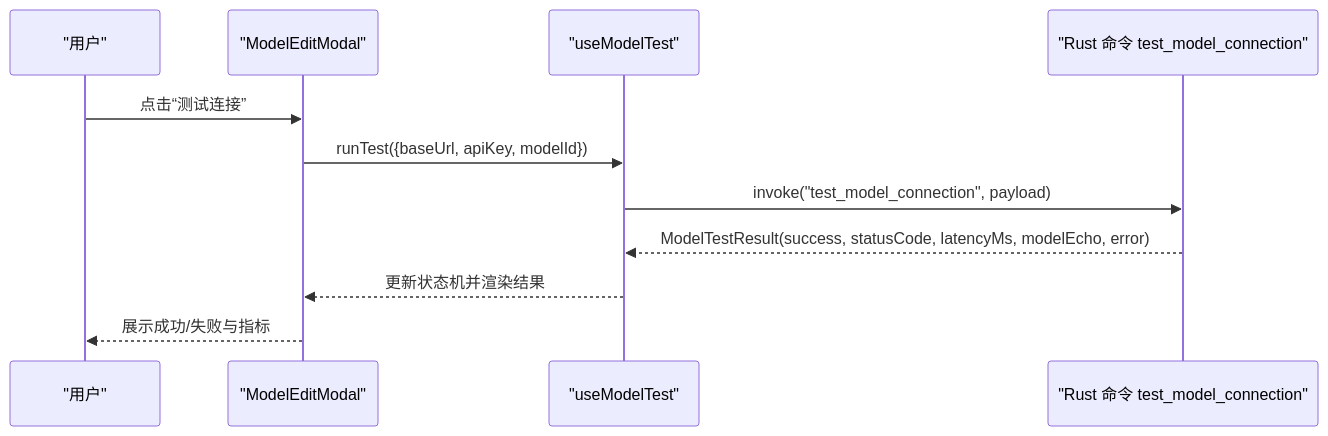
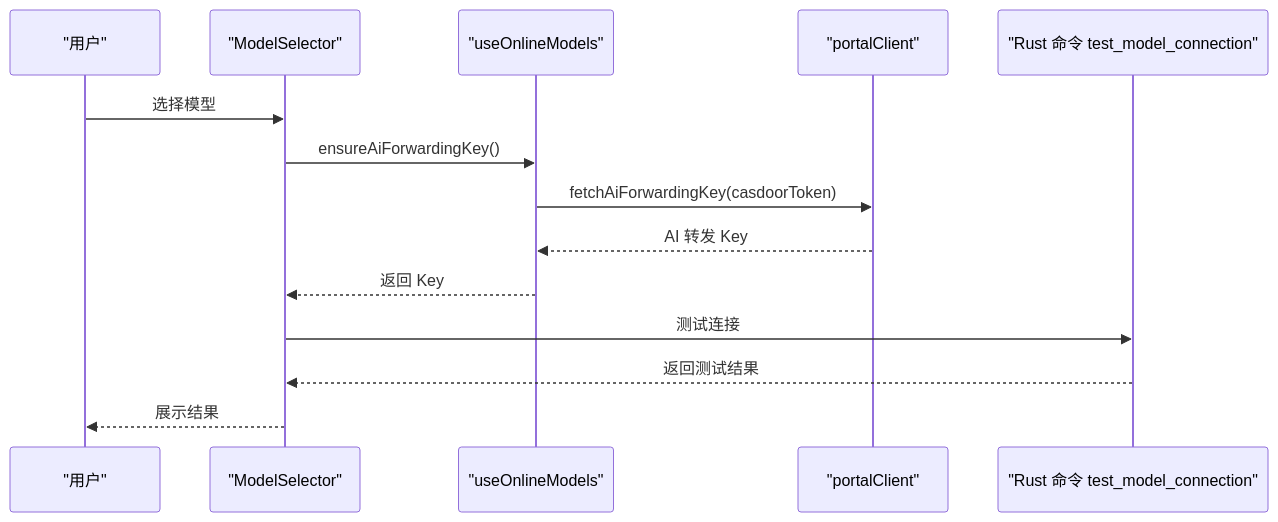
One commit to RabbitAI-Lab/RabbitCoding changed the second of 4 diagrams in .qoder/repowiki/zh/content/设置和配置/模型配置/模型配置.md. Above: the diagram before and after it, drawn with Mermaid. The commit also changed other lines of this file and 66 other files, not shown here.

````diff
--- a/.qoder/repowiki/zh/content/设置和配置/模型配置/模型配置.md
+++ b/.qoder/repowiki/zh/content/设置和配置/模型配置/模型配置.md
@@ -109,13 +150,16 @@
 ```mermaid
 sequenceDiagram
 participant U as "用户"
-participant M as "ModelEditModal"
-participant H as "useModelTest"
+participant MS as "ModelSelector"
+participant H as "useOnlineModels"
+participant PC as "portalClient"
 participant R as "Rust 命令 test_model_connection"
-U->>M : 点击“测试连接”
-M->>H : runTest({baseUrl, apiKey, modelId})
-H->>R : invoke("test_model_connection", payload)
-R-->>H : ModelTestResult(success, statusCode, latencyMs, modelEcho, error)
-H-->>M : 更新状态机并渲染结果
-M-->>U : 展示成功/失败与指标
+U->>MS : 选择模型
+MS->>H : ensureAiForwardingKey()
+H->>PC : fetchAiForwardingKey(casdoorToken)
+PC-->>H : AI 转发 Key
+H-->>MS : 返回 Key
+MS->>R : 测试连接
+R-->>MS : 返回测试结果
+MS-->>U : 展示结果
 ```
````
